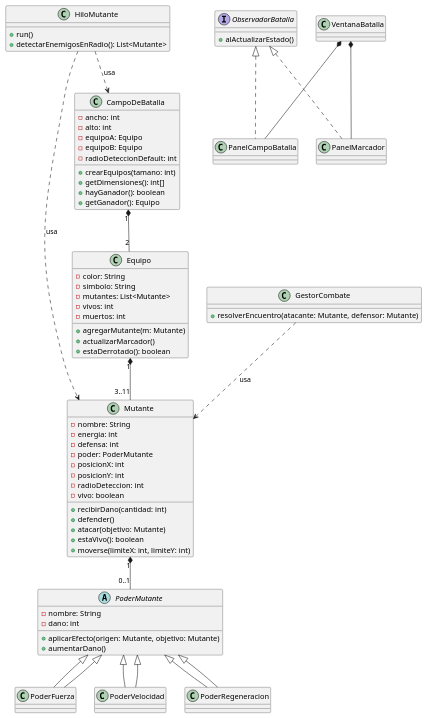
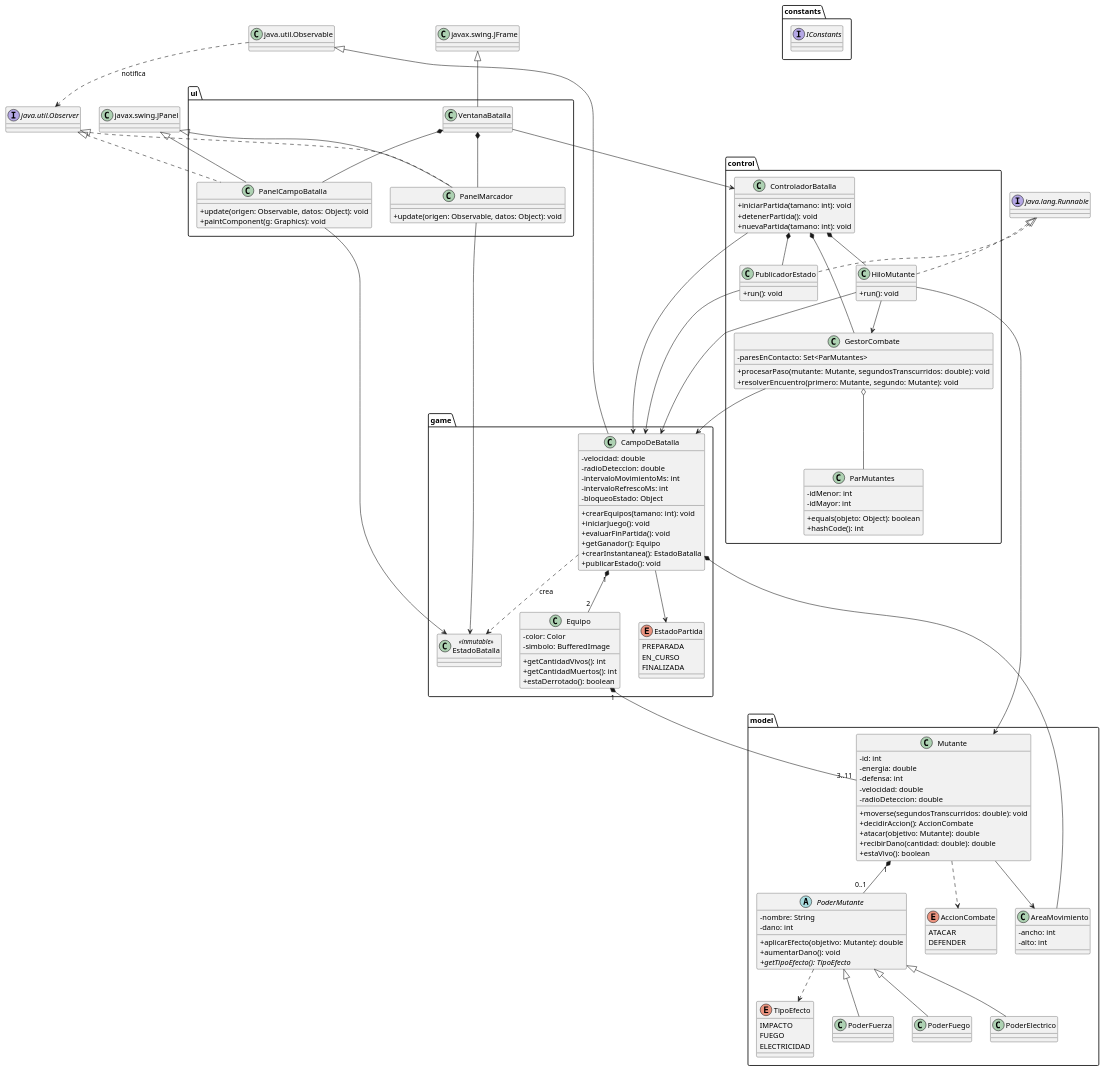
One commit to ChiefPat04/POO changed the diagram in CASOS/README.md. Above: the diagram before and after it, drawn with PlantUML. The commit also changed other lines of this file, not shown here.

````diff
--- a/CASOS/README.md
+++ b/CASOS/README.md
@@ -162,87 +297,149 @@
 ```plantuml
 @startuml
-abstract class PoderMutante {
-  -nombre: String
-  -dano: int
-  +aplicarEfecto(origen: Mutante, objetivo: Mutante)
-  +aumentarDano()
+skinparam classAttributeIconSize 0
+package constants {
+  interface IConstants
 }
-
-class PoderFuerza extends PoderMutante
-class PoderVelocidad extends PoderMutante
-class PoderRegeneracion extends PoderMutante
-
-class Mutante {
-  -nombre: String
-  -energia: int
-  -defensa: int
-  -poder: PoderMutante
-  -posicionX: int
-  -posicionY: int
-  -radioDeteccion: int
-  -vivo: boolean
-  +recibirDano(cantidad: int)
-  +defender()
-  +atacar(objetivo: Mutante)
-  +estaVivo(): boolean
-  +moverse(limiteX: int, limiteY: int)
+package model {
+  class AreaMovimiento {
+    -ancho: int
+    -alto: int
+  }
+  enum AccionCombate {
+    ATACAR
+    DEFENDER
+  }
+  enum TipoEfecto {
+    IMPACTO
+    FUEGO
+    ELECTRICIDAD
+  }
+  class Mutante {
+    -id: int
+    -energia: double
+    -defensa: int
+    -velocidad: double
+    -radioDeteccion: double
+    +moverse(segundosTranscurridos: double): void
+    +decidirAccion(): AccionCombate
+    +atacar(objetivo: Mutante): double
+    +recibirDano(cantidad: double): double
+    +estaVivo(): boolean
+  }
+  abstract class PoderMutante {
+    -nombre: String
+    -dano: int
+    +aplicarEfecto(objetivo: Mutante): double
+    +aumentarDano(): void
+    {abstract} +getTipoEfecto(): TipoEfecto
+  }
+  class PoderFuerza
+  class PoderFuego
+  class PoderElectrico
 }
-
-class Equipo {
-  -color: String
-  -simbolo: String
-  -mutantes: List<Mutante>
-  -vivos: int
-  -muertos: int
-  +agregarMutante(m: Mutante)
-  +actualizarMarcador()
-  +estaDerrotado(): boolean
+package game {
+  class Equipo {
+    -color: Color
+    -simbolo: BufferedImage
+    +getCantidadVivos(): int
+    +getCantidadMuertos(): int
+    +estaDerrotado(): boolean
+  }
+  enum EstadoPartida {
+    PREPARADA
+    EN_CURSO
+    FINALIZADA
+  }
+  class CampoDeBatalla {
+    -velocidad: double
+    -radioDeteccion: double
+    -intervaloMovimientoMs: int
+    -intervaloRefrescoMs: int
+    -bloqueoEstado: Object
+    +crearEquipos(tamano: int): void
+    +iniciarJuego(): void
+    +evaluarFinPartida(): void
+    +getGanador(): Equipo
+    +crearInstantanea(): EstadoBatalla
+    +publicarEstado(): void
+  }
+  class EstadoBatalla <<inmutable>>
 }
-
-class CampoDeBatalla {
-  -ancho: int
-  -alto: int
-  -equipoA: Equipo
-  -equipoB: Equipo
-  -radioDeteccionDefault: int
-  +crearEquipos(tamano: int)
-  +getDimensiones(): int[]
-  +hayGanador(): boolean
-  +getGanador(): Equipo
+package control {
+  class ControladorBatalla {
+    +iniciarPartida(tamano: int): void
+    +detenerPartida(): void
+    +nuevaPartida(tamano: int): void
+  }
+  class HiloMutante {
+    +run(): void
+  }
+  class GestorCombate {
+    -paresEnContacto: Set<ParMutantes>
+    +procesarPaso(mutante: Mutante, segundosTranscurridos: double): void
+    +resolverEncuentro(primero: Mutante, segundo: Mutante): void
+  }
+  class ParMutantes {
+    -idMenor: int
+    -idMayor: int
+    +equals(objeto: Object): boolean
+    +hashCode(): int
+  }
+  class PublicadorEstado {
+    +run(): void
+  }
 }
-
-class HiloMutante {
-  +run()
-  +detectarEnemigosEnRadio(): List<Mutante>
+package ui {
+  class VentanaBatalla
+  class PanelCampoBatalla {
+    +update(origen: Observable, datos: Object): void
+    +paintComponent(g: Graphics): void
+  }
+  class PanelMarcador {
+    +update(origen: Observable, datos: Object): void
+  }
 }
-
-class GestorCombate {
-  +resolverEncuentro(atacante: Mutante, defensor: Mutante)
-}
-
-interface ObservadorBatalla {
-  +alActualizarEstado()
-}
-
-class VentanaBatalla
-class PanelCampoBatalla
-class PanelMarcador
+class "java.util.Observable" as Observable
+interface "java.util.Observer" as Observer
+interface "java.lang.Runnable" as Runnable
+class "javax.swing.JFrame" as JFrame
+class "javax.swing.JPanel" as JPanel
 
 PoderMutante <|-- PoderFuerza
-PoderMutante <|-- PoderVelocidad
-PoderMutante <|-- PoderRegeneracion
-
+PoderMutante <|-- PoderFuego
+PoderMutante <|-- PoderElectrico
+PoderMutante ..> TipoEfecto
 Mutante "1" *-- "0..1" PoderMutante
+Mutante --> AreaMovimiento
+Mutante ..> AccionCombate
 Equipo "1" *-- "3..11" Mutante
 CampoDeBatalla "1" *-- "2" Equipo
-
-HiloMutante ..> Mutante : usa
-HiloMutante ..> CampoDeBatalla : usa
-GestorCombate ..> Mutante : usa
-
-ObservadorBatalla <|.. PanelCampoBatalla
-ObservadorBatalla <|.. PanelMarcador
+CampoDeBatalla *-- AreaMovimiento
+CampoDeBatalla --> EstadoPartida
+CampoDeBatalla ..> EstadoBatalla : crea
+Observable <|-- CampoDeBatalla
+ControladorBatalla --> CampoDeBatalla
+ControladorBatalla *-- HiloMutante
+ControladorBatalla *-- GestorCombate
+ControladorBatalla *-- PublicadorEstado
+Runnable <|.. HiloMutante
+Runnable <|.. PublicadorEstado
+HiloMutante --> Mutante
+HiloMutante --> CampoDeBatalla
+HiloMutante --> GestorCombate
+GestorCombate --> CampoDeBatalla
+GestorCombate o-- ParMutantes
+PublicadorEstado --> CampoDeBatalla
+JFrame <|-- VentanaBatalla
+JPanel <|-- PanelCampoBatalla
+JPanel <|-- PanelMarcador
+Observer <|.. PanelCampoBatalla
+Observer <|.. PanelMarcador
+VentanaBatalla --> ControladorBatalla
 VentanaBatalla *-- PanelCampoBatalla
 VentanaBatalla *-- PanelMarcador
+PanelCampoBatalla --> EstadoBatalla
+PanelMarcador --> EstadoBatalla
+Observable ..> Observer : notifica
 @enduml
 ```
````
